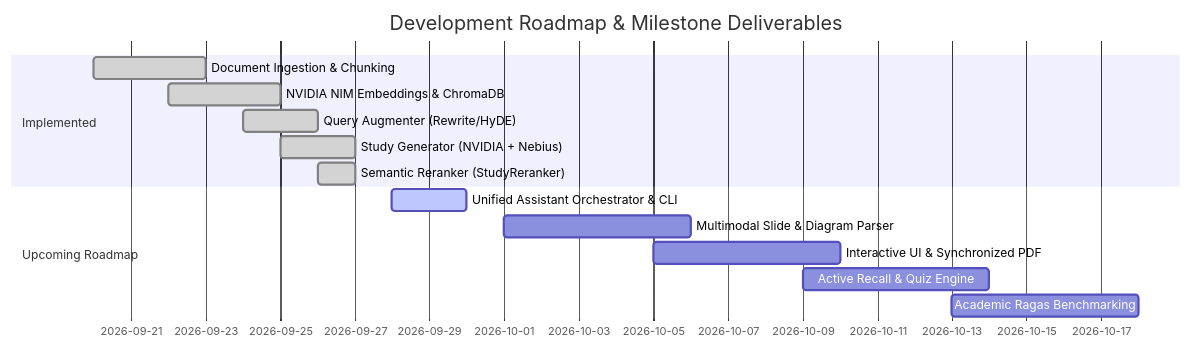
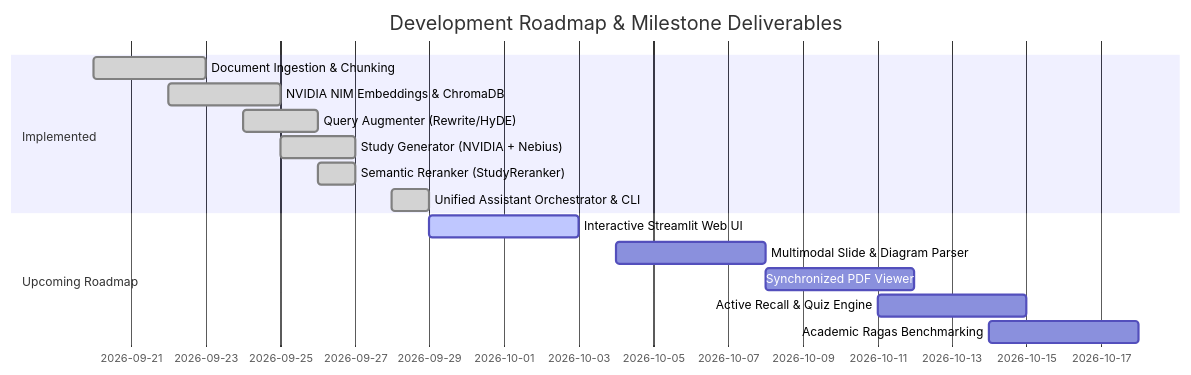
Before and after one commit to Khazar451/study-assistant: the second of 2 diagrams in README.md, drawn with Mermaid. The commit also changed other lines of this file and 4 other files, not shown here.

````diff
--- a/README.md
+++ b/README.md
@@ -156,17 +194,18 @@
 ```mermaid
 gantt
     title Development Roadmap & Milestone Deliverables
     dateFormat  YYYY-MM-DD
     section Implemented
     Document Ingestion & Chunking       :done, 2026-09-20, 2026-09-23
     NVIDIA NIM Embeddings & ChromaDB    :done, 2026-09-22, 2026-09-25
     Query Augmenter (Rewrite/HyDE)      :done, 2026-09-24, 2026-09-26
     Study Generator (NVIDIA + Nebius)   :done, 2026-09-25, 2026-09-27
     Semantic Reranker (StudyReranker)   :done, 2026-09-26, 2026-09-27
+    Unified Assistant Orchestrator & CLI:done, 2026-09-28, 2026-09-29
     section Upcoming Roadmap
-    Unified Assistant Orchestrator & CLI:active, 2026-09-28, 2026-09-30
-    Multimodal Slide & Diagram Parser   :2026-10-01, 2026-10-06
-    Interactive UI & Synchronized PDF   :2026-10-05, 2026-10-10
-    Active Recall & Quiz Engine         :2026-10-09, 2026-10-14
-    Academic Ragas Benchmarking         :2026-10-13, 2026-10-18
+    Interactive Streamlit Web UI        :active, 2026-09-29, 2026-10-03
+    Multimodal Slide & Diagram Parser   :2026-10-04, 2026-10-08
+    Synchronized PDF Viewer             :2026-10-08, 2026-10-12
+    Active Recall & Quiz Engine         :2026-10-11, 2026-10-15
+    Academic Ragas Benchmarking         :2026-10-14, 2026-10-18
 ```
````
